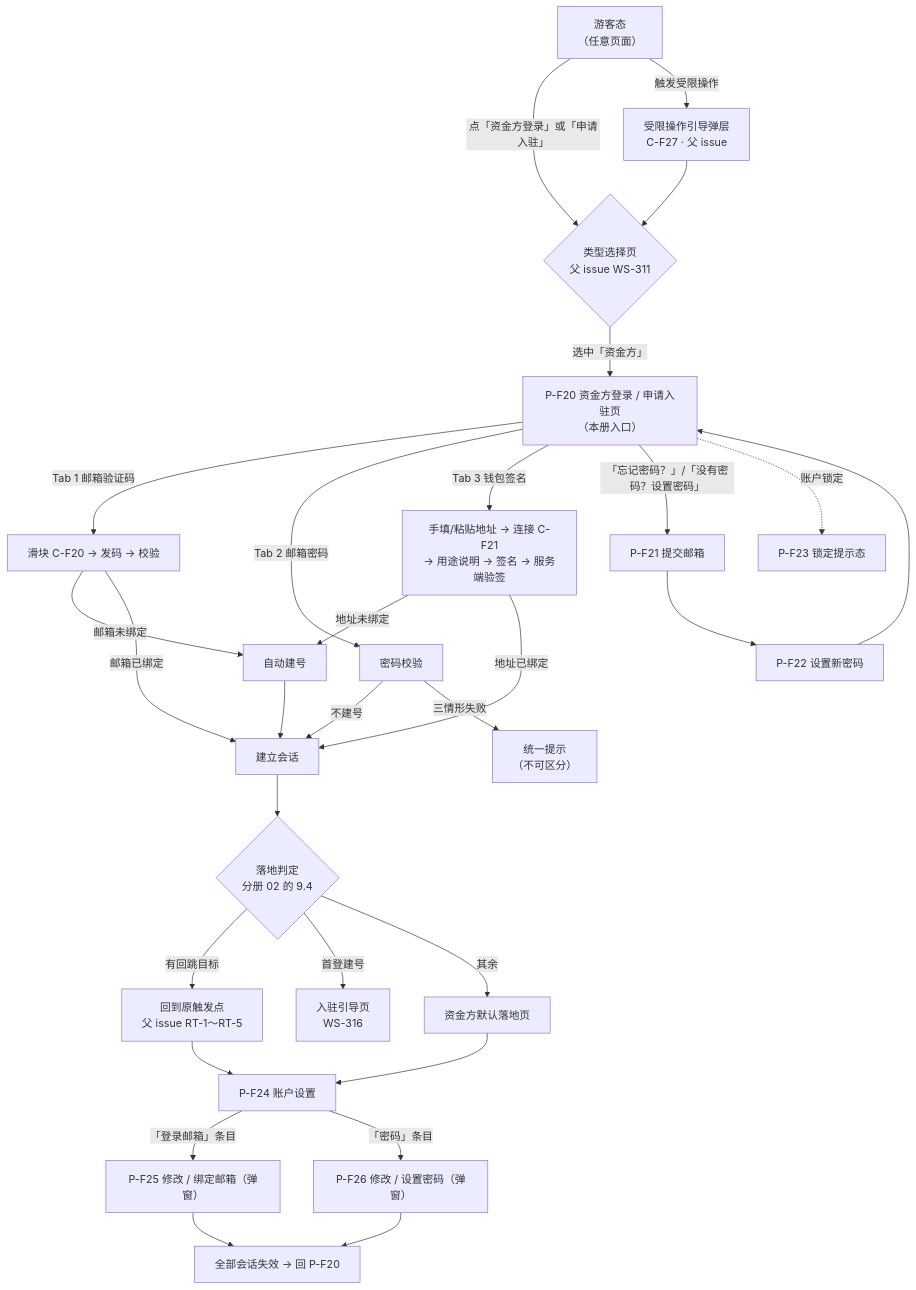
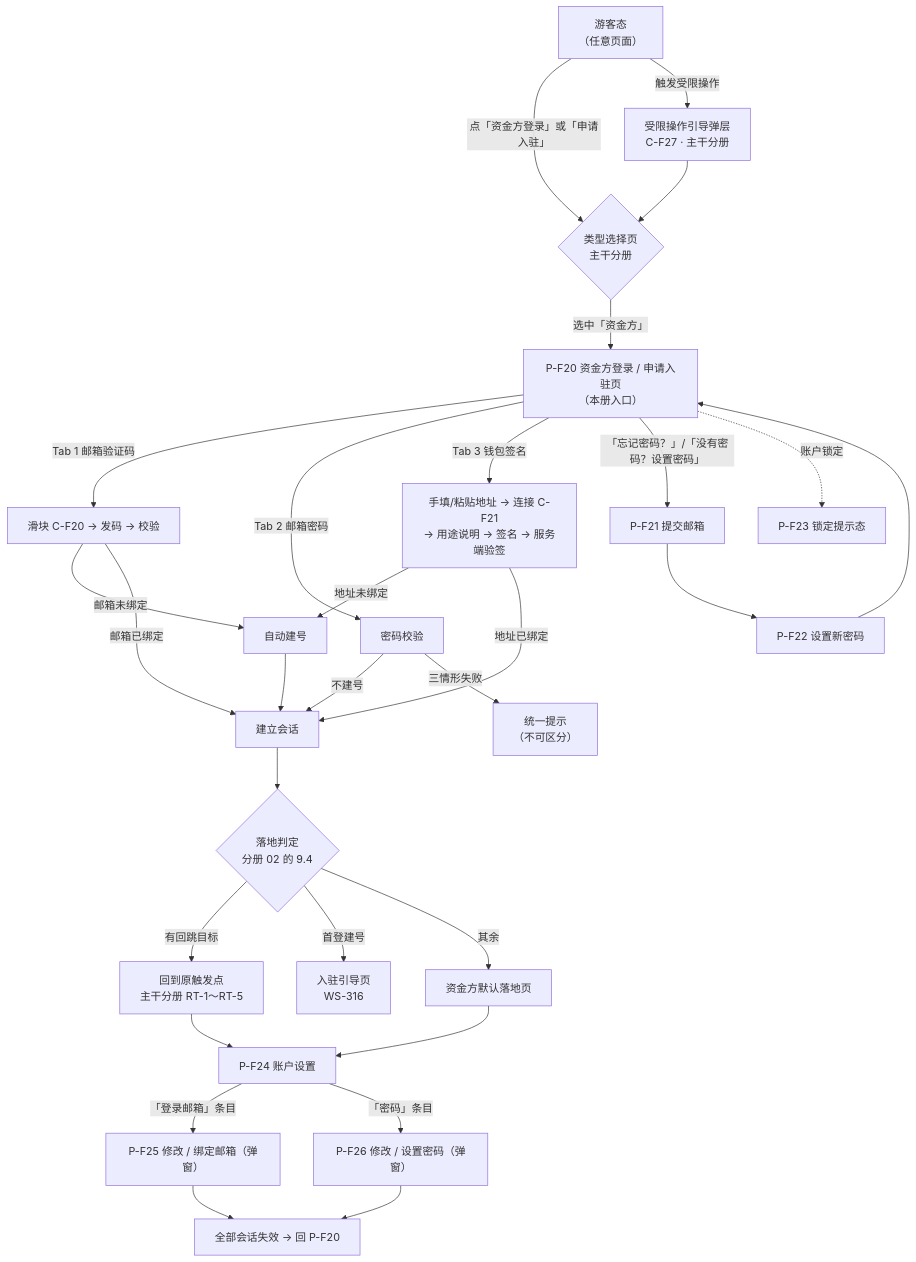
One commit to wxblockchain/Chain-Financing changed the diagram in financial-service-platform/prd/v1.0-金融服务端登录/资金方登录与账户体系.md. Above: the diagram before and after it, drawn with Mermaid. The commit also changed other lines of this file and 14 other files, not shown here.

````diff
--- a/financial-service-platform/prd/v1.0-金融服务端登录/资金方登录与账户体系.md
+++ b/financial-service-platform/prd/v1.0-金融服务端登录/资金方登录与账户体系.md
@@ -382,37 +377,37 @@
 ```mermaid
 flowchart TD
-    G["游客态<br/>（任意页面）"] -->|点「资金方登录」或「申请入驻」| TS{"类型选择页<br/>父 issue WS-311"}
-    G -->|触发受限操作| GUIDE["受限操作引导弹层<br/>C-F27 · 父 issue"]
+    G["游客态<br/>（任意页面）"] -->|点「资金方登录」或「申请入驻」| TS{"类型选择页<br/>主干分册"}
+    G -->|触发受限操作| GUIDE["受限操作引导弹层<br/>C-F27 · 主干分册"]
     GUIDE --> TS
     TS -->|选中「资金方」| P20["P-F20 资金方登录 / 申请入驻页<br/>（本册入口）"]
 
     P20 -->|Tab 1 邮箱验证码| C1["滑块 C-F20 → 发码 → 校验"]
     P20 -->|Tab 2 邮箱密码| C2["密码校验"]
     P20 -->|Tab 3 钱包签名| C3["手填/粘贴地址 → 连接 C-F21<br/>→ 用途说明 → 签名 → 服务端验签"]
 
     C1 -->|邮箱未绑定| NEW["自动建号"]
     C1 -->|邮箱已绑定| LOGIN["建立会话"]
     C2 -->|不建号| LOGIN
     C2 -->|三情形失败| FAIL["统一提示<br/>（不可区分）"]
     C3 -->|地址未绑定| NEW
     C3 -->|地址已绑定| LOGIN
 
     NEW --> LOGIN
     LOGIN --> LAND{"落地判定<br/>分册 02 的 9.4"}
-    LAND -->|有回跳目标| BACK["回到原触发点<br/>父 issue RT-1～RT-5"]
+    LAND -->|有回跳目标| BACK["回到原触发点<br/>主干分册 RT-1～RT-5"]
     LAND -->|首登建号| ONB["入驻引导页<br/>WS-316"]
     LAND -->|其余| HOME["资金方默认落地页"]
 
     P20 -->|「忘记密码？」/「没有密码？设置密码」| P21["P-F21 提交邮箱"]
     P21 --> P22["P-F22 设置新密码"]
     P22 --> P20
 
     P20 -.->|账户锁定| P23["P-F23 锁定提示态"]
 
     HOME --> P24["P-F24 账户设置"]
     BACK --> P24
     P24 -->|「登录邮箱」条目| P25["P-F25 修改 / 绑定邮箱（弹窗）"]
     P24 -->|「密码」条目| P26["P-F26 修改 / 设置密码（弹窗）"]
     P25 --> INVAL["全部会话失效 → 回 P-F20"]
     P26 --> INVAL
 ```
````
